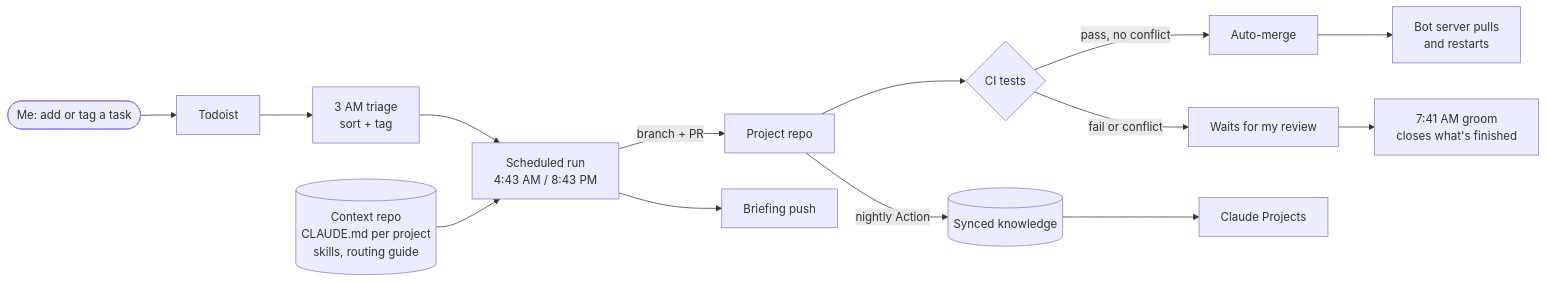
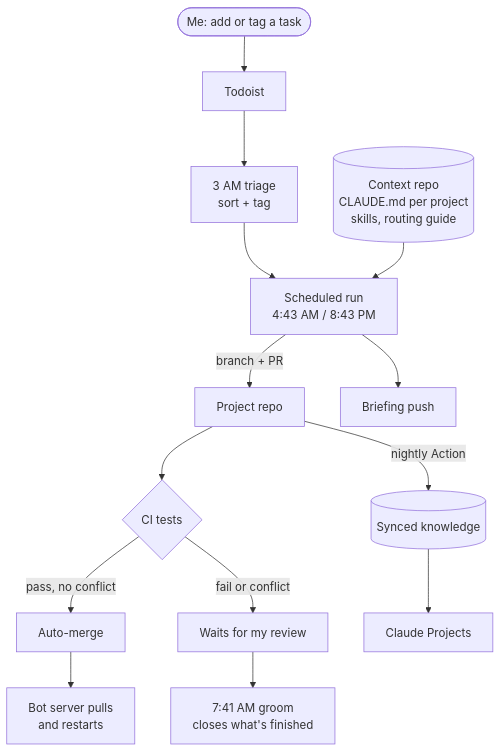
Before and after one commit to joshwhite258/ai-workflow: the diagram in README.md, drawn with Mermaid. The commit also changed other lines of this file, not shown here.

Commit message:
README: top-down diagram, guardrails list spacing

````diff
--- a/README.md
+++ b/README.md
@@ -19,16 +19,16 @@
 ```mermaid
-flowchart LR
+flowchart TD
   me(["Me: add or tag a task"]) --> todo["Todoist"]
   todo --> triage["3 AM triage<br/>sort + tag"]
   triage --> run["Scheduled run<br/>4:43 AM / 8:43 PM"]
   ctx[("Context repo<br/>CLAUDE.md per project<br/>skills, routing guide")] --> run
   run -->|branch + PR| repo["Project repo"]
   repo --> ci{"CI tests"}
   ci -->|pass, no conflict| main["Auto-merge"]
   ci -->|fail or conflict| review["Waits for my review"]
   main --> deploy["Bot server pulls<br/>and restarts"]
   run --> brief["Briefing push"]
   review --> groom["7:41 AM groom<br/>closes what's finished"]
   repo -->|nightly Action| sync[("Synced knowledge")]
   sync --> proj["Claude Projects"]
 ```
````
